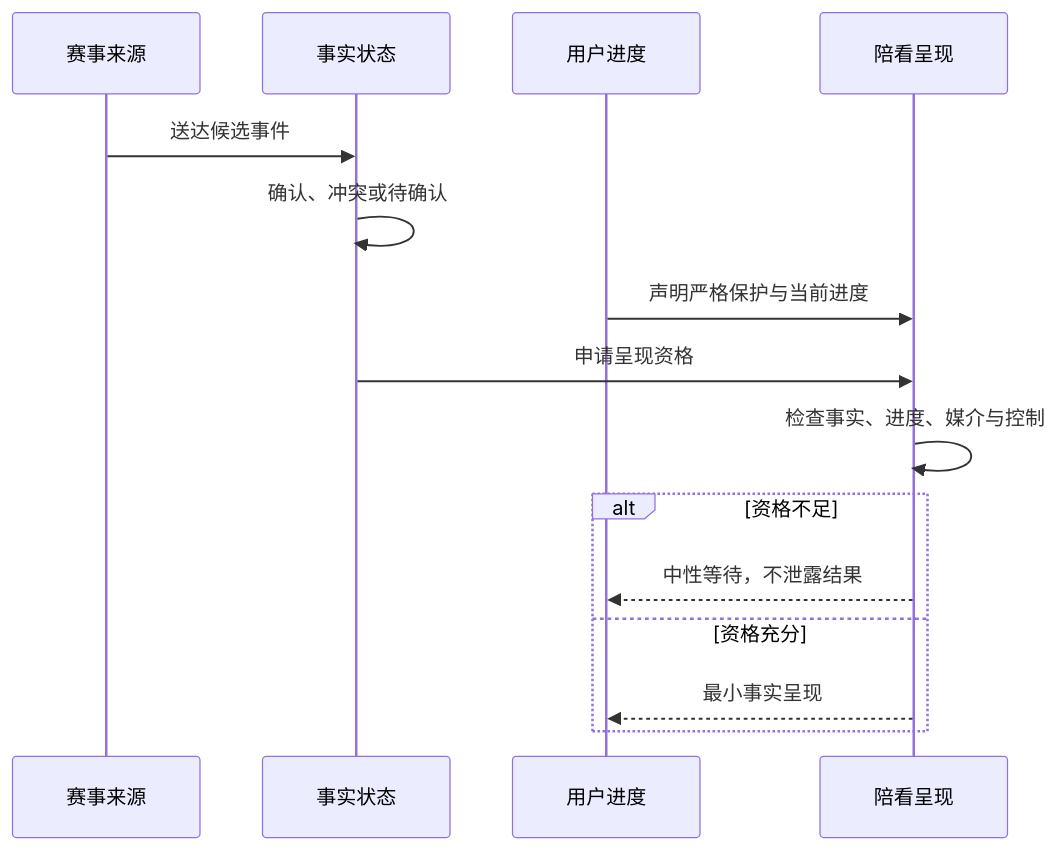
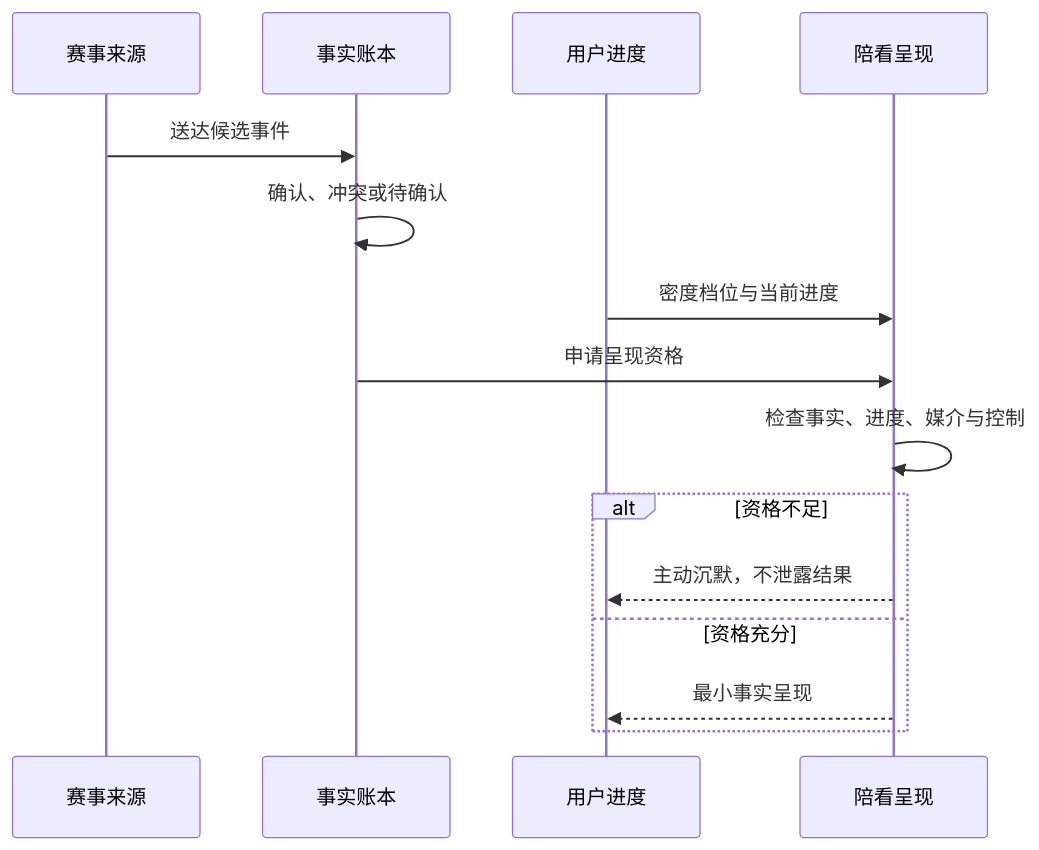
The third of 3 diagrams in docs/球球全套资料/4.产品设计/24-直播延迟与用户观察协调设计.md (weiz98417-crypto/qiuqiu), drawn with Mermaid before and after one commit. The commit also changed other lines of this file and 49 other files, not shown here.

````diff
--- a/docs/球球全套资料/4.产品设计/24-直播延迟与用户观察协调设计.md
+++ b/docs/球球全套资料/4.产品设计/24-直播延迟与用户观察协调设计.md
@@ -304,17 +265,17 @@
 ```mermaid
 sequenceDiagram
     participant S as 赛事来源
-    participant F as 事实状态
+    participant F as 事实账本
     participant P as 用户进度
     participant R as 陪看呈现
     S->>F: 送达候选事件
     F->>F: 确认、冲突或待确认
-    P->>R: 声明严格保护与当前进度
+    P->>R: 密度档位与当前进度
     F->>R: 申请呈现资格
     R->>R: 检查事实、进度、媒介与控制
     alt 资格不足
-        R-->>P: 中性等待，不泄露结果
+        R-->>P: 主动沉默，不泄露结果
     else 资格充分
         R-->>P: 最小事实呈现
     end
 ```
````
